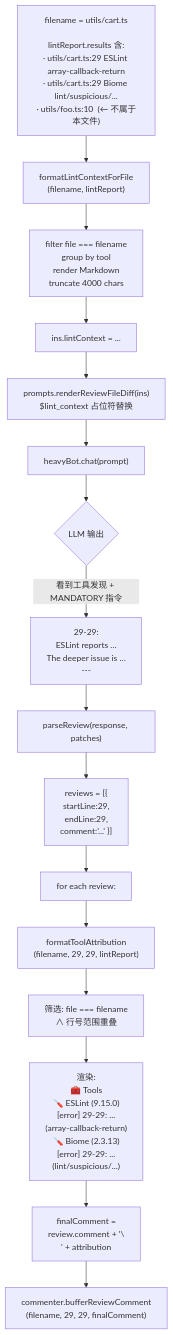
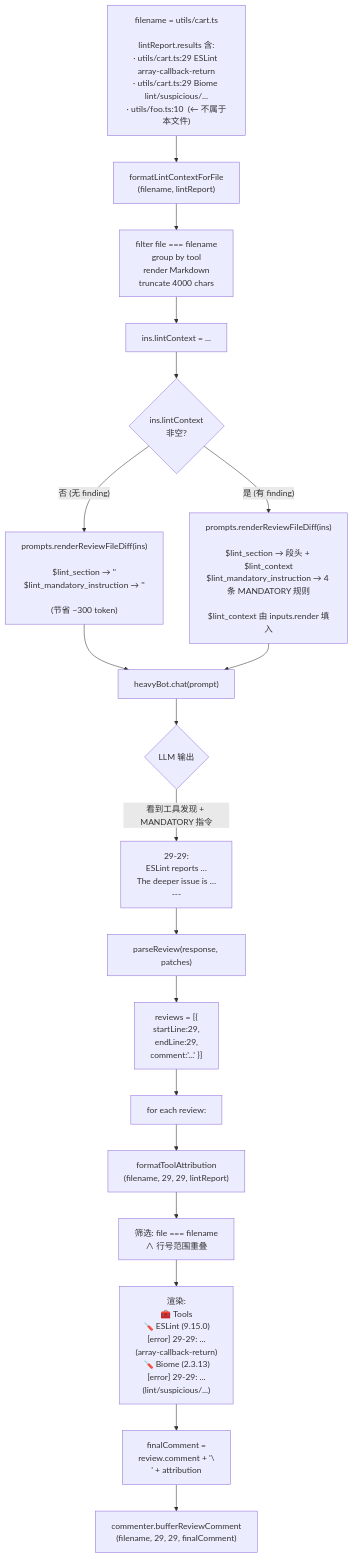
One commit to CodesSentinels/ai-reviewer changed the sixth of 8 diagrams in docs/07-linter-sast-architecture.md. Above: the diagram before and after it, drawn with Mermaid. The commit also changed other lines of this file and 4 other files, not shown here.

````diff
--- a/docs/07-linter-sast-architecture.md
+++ b/docs/07-linter-sast-architecture.md
@@ -369,22 +369,27 @@
 ```mermaid
 flowchart TD
   A["filename = utils/cart.ts<br/><br/>lintReport.results 含:<br/>· utils/cart.ts:29 ESLint array-callback-return<br/>· utils/cart.ts:29 Biome lint/suspicious/...<br/>· utils/foo.ts:10  (← 不属于本文件)"]
   A --> B["formatLintContextForFile<br/>(filename, lintReport)"]
   B --> C["filter file === filename<br/>group by tool<br/>render Markdown<br/>truncate 4000 chars"]
   C --> D["ins.lintContext = ..."]
-  D --> E["prompts.renderReviewFileDiff(ins)<br/>$lint_context 占位符替换"]
-  E --> F["heavyBot.chat(prompt)"]
+  D --> Cond{"ins.lintContext<br/>非空?"}
+
+  Cond -->|"否 (无 finding)"| E1["prompts.renderReviewFileDiff(ins)<br/><br/>$lint_section → ''<br/>$lint_mandatory_instruction → ''<br/><br/>(节省 ~300 token)"]
+  Cond -->|"是 (有 finding)"| E2["prompts.renderReviewFileDiff(ins)<br/><br/>$lint_section → 段头 + $lint_context<br/>$lint_mandatory_instruction → 4 条 MANDATORY 规则<br/><br/>$lint_context 由 inputs.render 填入"]
+
+  E1 --> F["heavyBot.chat(prompt)"]
+  E2 --> F
   F --> G{LLM 输出}
 
   G -->|"看到工具发现 + MANDATORY 指令"| H["29-29:<br/>ESLint reports …<br/>The deeper issue is …<br/>---"]
 
   H --> I["parseReview(response, patches)"]
   I --> J["reviews = [{<br/>startLine:29,<br/>endLine:29,<br/>comment:'...' }]"]
 
   J --> K["for each review:"]
   K --> L["formatToolAttribution<br/>(filename, 29, 29, lintReport)"]
   L --> M["筛选: file === filename<br/>∧ 行号范围重叠"]
   M --> N["渲染:<br/>🧰 Tools<br/>🪛 ESLint (9.15.0)<br/>[error] 29-29: ...<br/>(array-callback-return)<br/>🪛 Biome (2.3.13)<br/>[error] 29-29: ...<br/>(lint/suspicious/...)"]
   N --> O["finalComment =<br/>review.comment + '\\n' + attribution"]
   O --> P["commenter.bufferReviewComment<br/>(filename, 29, 29, finalComment)"]
 ```
````
